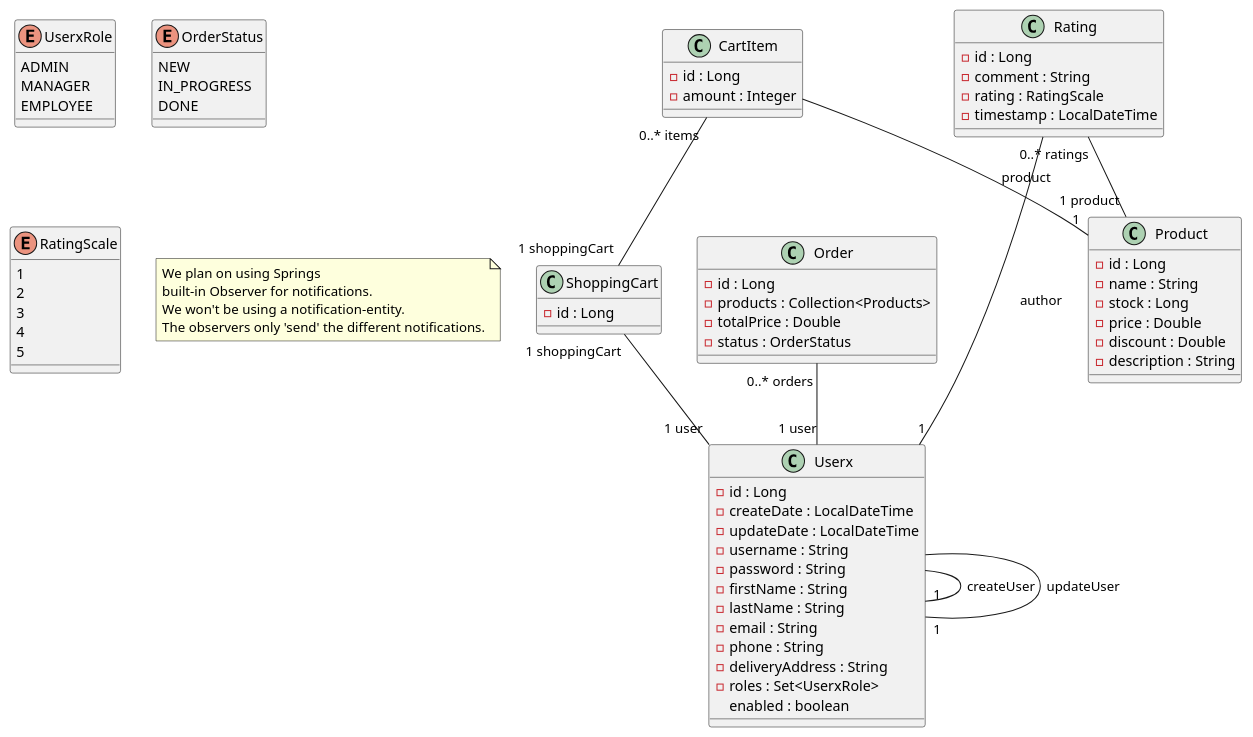
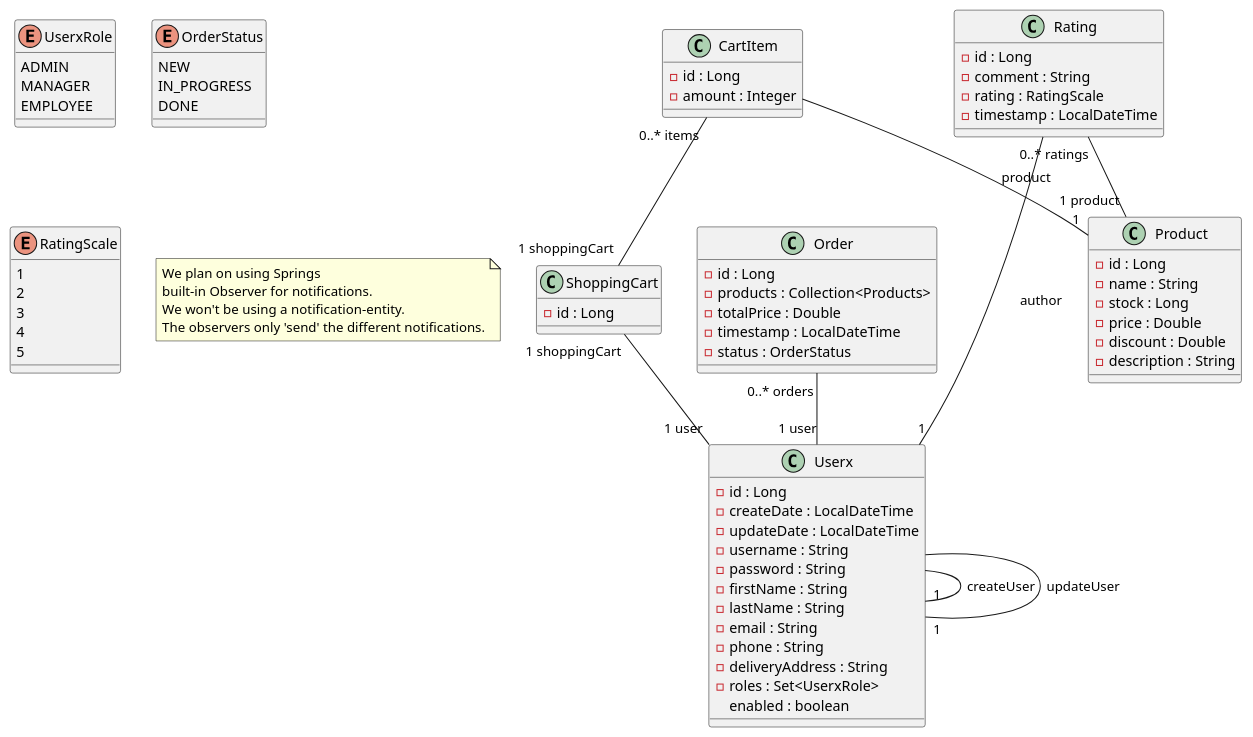
Before and after one commit to ayleen-eden/retro-duck-webshop: the diagram in UML/technical_uml.puml, drawn with PlantUML. The commit also changed 3 other files, not shown here.

```diff
--- a/UML/technical_uml.puml
+++ b/UML/technical_uml.puml
@@ -1,86 +1,87 @@
 @startuml
 
 class Userx {
   - id : Long
   - createDate : LocalDateTime
   - updateDate : LocalDateTime
   - username : String
   - password : String
   - firstName : String
   - lastName : String
   - email : String
   - phone : String
   - deliveryAddress : String
   - roles : Set<UserxRole>
   enabled : boolean
   
 }
 
 Userx -- "1" Userx : createUser
 Userx -- "1" Userx : updateUser
 
 enum UserxRole {
   ADMIN
   MANAGER
   EMPLOYEE
 }
 
 class Product {
  - id : Long
  - name : String
  - stock : Long
  - price : Double
  - discount : Double
  - description : String
 }
 
 
 class ShoppingCart {
  - id : Long
 }
 
 ShoppingCart "1 shoppingCart"  -- "1 user" Userx
 
 class Order {
   - id : Long
   - products : Collection<Products>
   - totalPrice : Double
+  - timestamp : LocalDateTime
   - status : OrderStatus
 }
 
 enum OrderStatus {
   NEW
   IN_PROGRESS
   DONE
 }
 
 Order "0..* orders" -- "1 user" Userx
 
 class Rating {
   - id : Long
   - comment : String
   - rating : RatingScale
   - timestamp : LocalDateTime
 }
 
 Rating -- "1" Userx : author
 Rating "0..* ratings" -- "1 product" Product 
 
 enum RatingScale {
   1
   2
   3
   4
   5
 }
 
 note "We plan on using Springs\nbuilt-in Observer for notifications.\nWe won't be using a notification-entity.\nThe observers only 'send' the different notifications." as N1
 
 class CartItem {
   - id : Long
   - amount : Integer
 }
 CartItem -- "1" Product : product
 CartItem "0..* items" -- "1 shoppingCart" ShoppingCart
 
 @enduml
```
